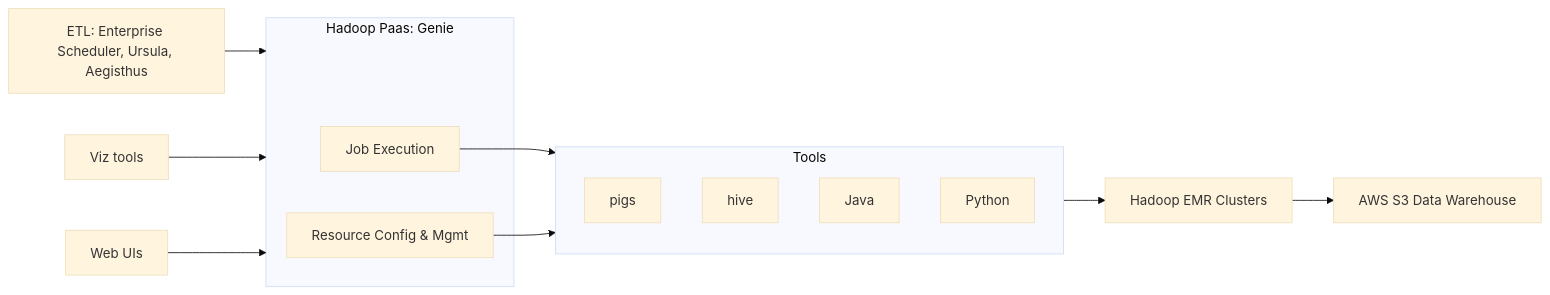
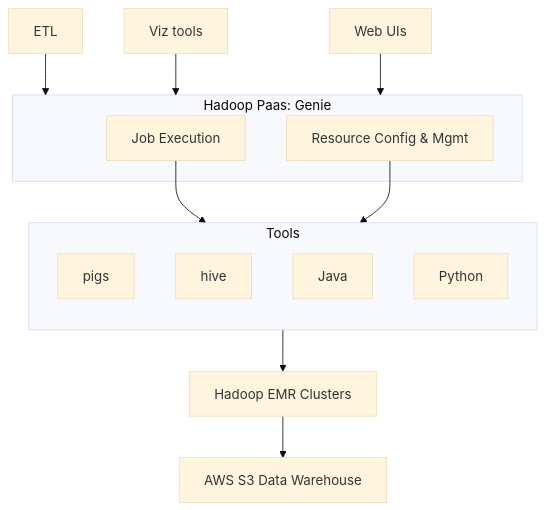
One commit to lwindolf/unicorn-arcology changed the diagram in Netflix/Data Platform/2013 Genie1.md. Above: the diagram before and after it, drawn with Mermaid (base theme).

Commit message:
Update 2013 Genie1.md

````diff
--- a/Netflix/Data Platform/2013 Genie1.md
+++ b/Netflix/Data Platform/2013 Genie1.md
@@ -3,23 +3,23 @@
 ```mermaid
-flowchart LR
+flowchart TB
    subgraph Hadoop[Hadoop Paas: Genie]
       JobExec[Job Execution]
       ResourceCfg[Resource Config & Mgmt]
    end
 
    subgraph Tools
       direction TB
       pigs
       hive
       Java
       Python
    end
 
-   ETL[ETL: Enterprise Scheduler, Ursula, Aegisthus] --> Hadoop
+   ETL --> Hadoop
    Viz[Viz tools] --> Hadoop
    WebUI[Web UIs] --> Hadoop
    JobExec --> Tools
    ResourceCfg --> Tools
    Tools --> EMR[Hadoop EMR Clusters]
    EMR --> DWR[AWS S3 Data Warehouse]
 ```  
````
